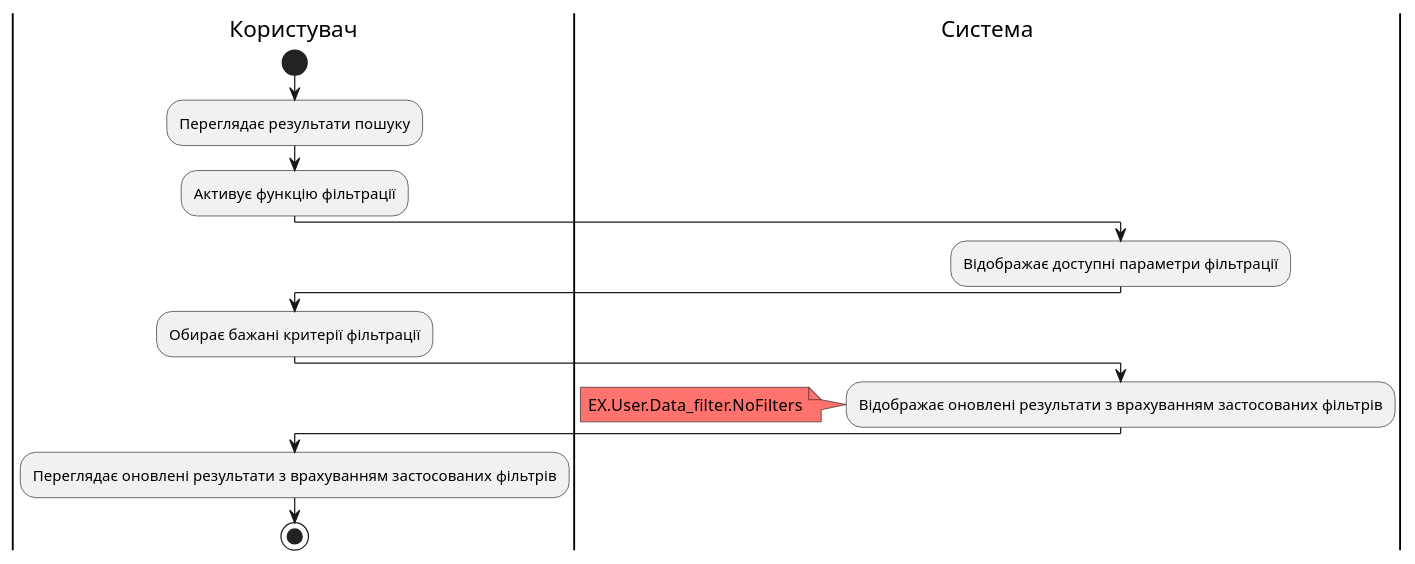
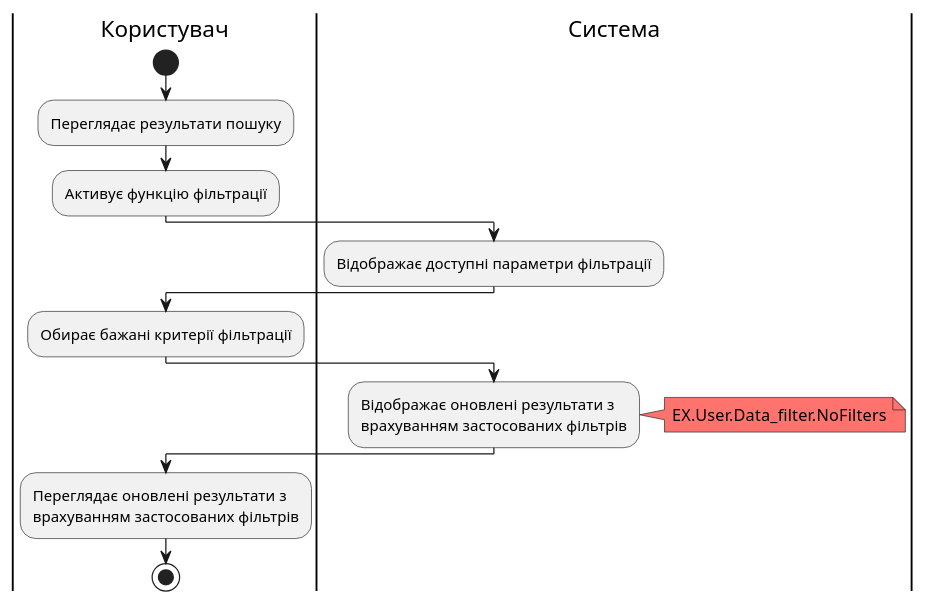
Diagram 11 of 14 in docs/use cases/README.md (nonGratis/retarder-io-23-3), drawn with PlantUML before and after one commit. The commit also changed other lines of this file, not shown here.

Commit message:
correct User.Data_filter UML

````diff
--- a/docs/use cases/README.md
+++ b/docs/use cases/README.md
@@ -348,21 +350,21 @@
 ```plantuml
 @startuml
 |Користувач|
     start
     :Переглядає результати пошуку;
     :Активує функцію фільтрації;
 |Система|
     :Відображає доступні параметри фільтрації;
 |Користувач|
     :Обирає бажані критерії фільтрації;
 |Система|
-    :Відображає оновлені результати з врахуванням застосованих фільтрів;
-        note left #FF736E
+    :Відображає оновлені результати з\nврахуванням застосованих фільтрів;
+        note right #FF736E
             EX.User.Data_filter.NoFilters
         end note
     
 |Користувач|
-    :Переглядає оновлені результати з врахуванням застосованих фільтрів;
+    :Переглядає оновлені результати з\nврахуванням застосованих фільтрів;
     stop;
 @enduml
 ```
````
